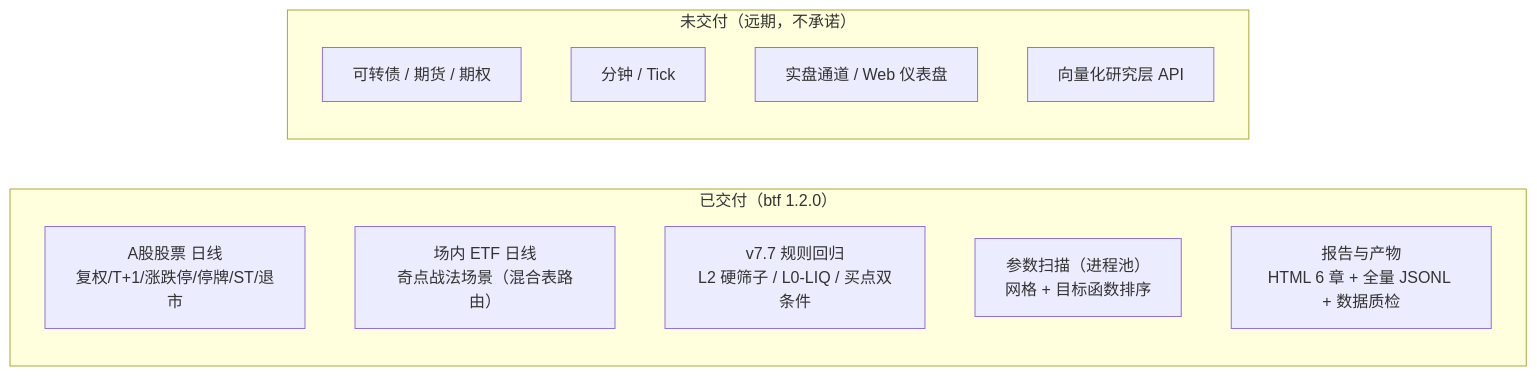
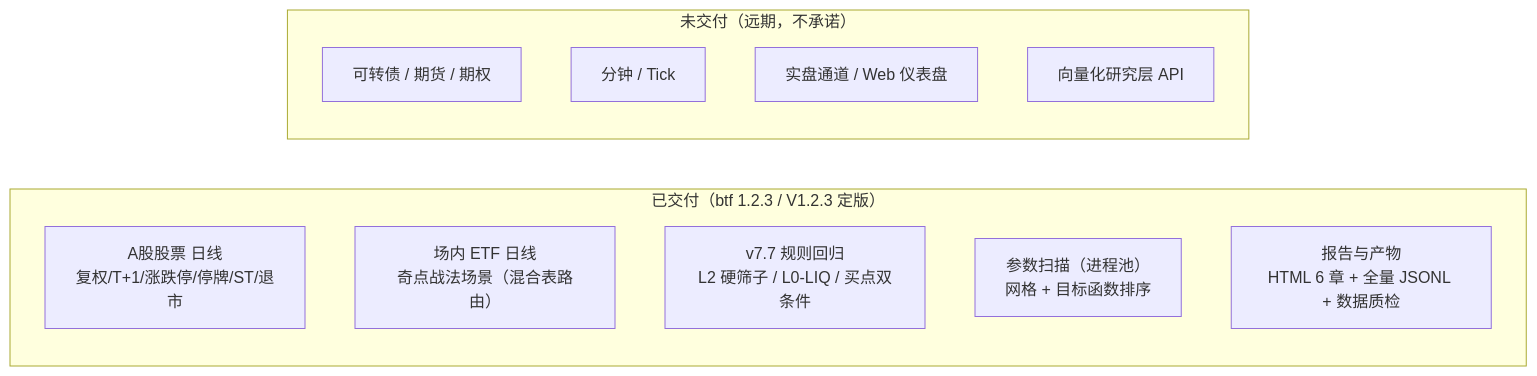
The diagram in 代码架构/回测工具架构/01-总览与定位.md (1716250001/quant-strategy-infrastructure), drawn with Mermaid before and after one commit. The commit also changed other lines of this file and 56 other files, not shown here.

````diff
--- a/代码架构/回测工具架构/01-总览与定位.md
+++ b/代码架构/回测工具架构/01-总览与定位.md
@@ -125,16 +125,16 @@
 ```mermaid
 flowchart LR
-    subgraph 已交付["已交付（btf 1.2.0）"]
+    subgraph 已交付["已交付（btf 1.2.3 / V1.2.3 定版）"]
         A1["A股股票 日线<br/>复权/T+1/涨跌停/停牌/ST/退市"]
         A2["场内 ETF 日线<br/>奇点战法场景（混合表路由）"]
         A3["v7.7 规则回归<br/>L2 硬筛子 / L0-LIQ / 买点双条件"]
         A4["参数扫描（进程池）<br/>网格 + 目标函数排序"]
         A5["报告与产物<br/>HTML 6 章 + 全量 JSONL + 数据质检"]
     end
     subgraph 未交付["未交付（远期，不承诺）"]
         B1["可转债 / 期货 / 期权"]
         B2["分钟 / Tick"]
         B3["实盘通道 / Web 仪表盘"]
         B4["向量化研究层 API"]
     end
 ```
````
